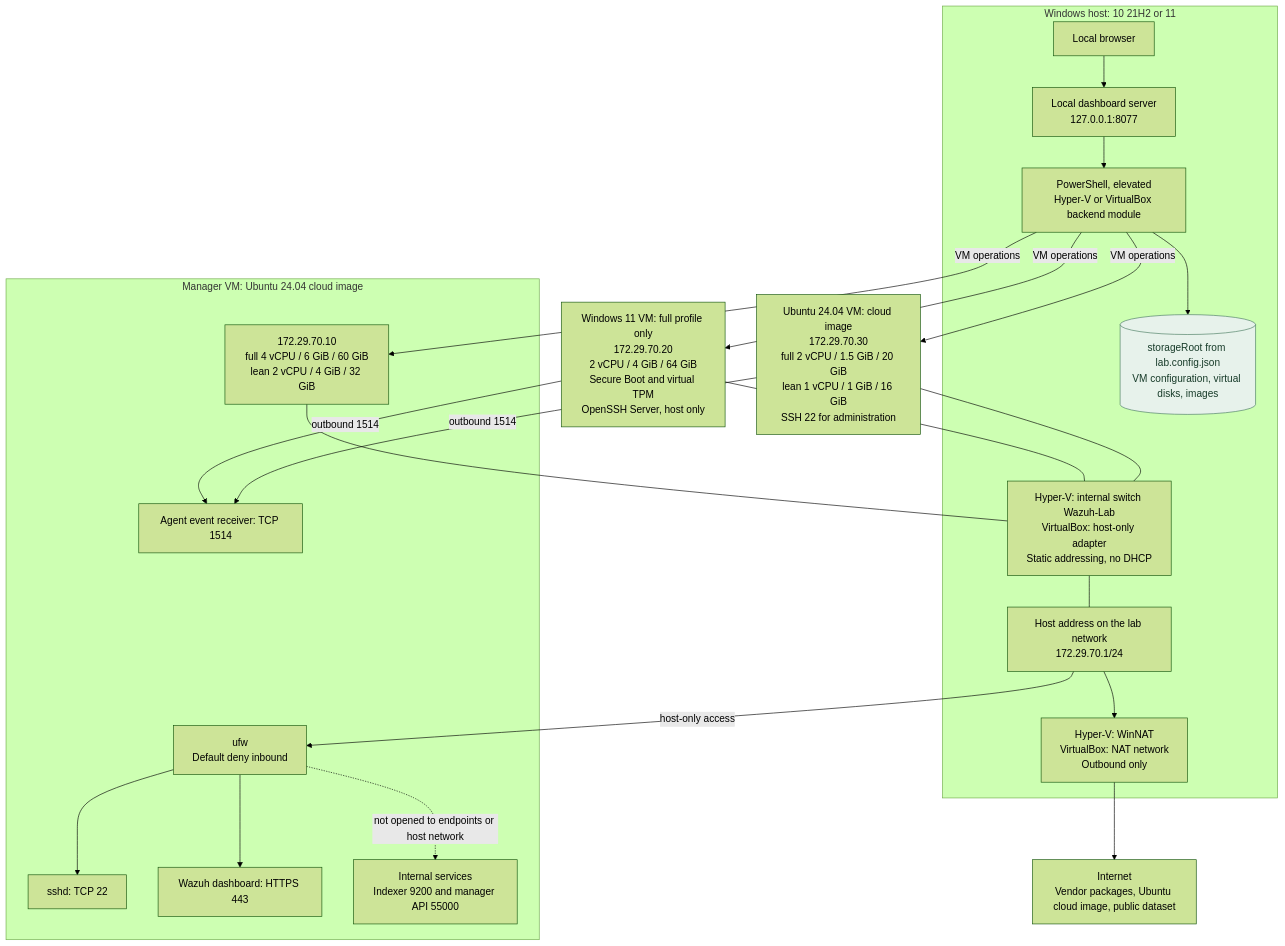
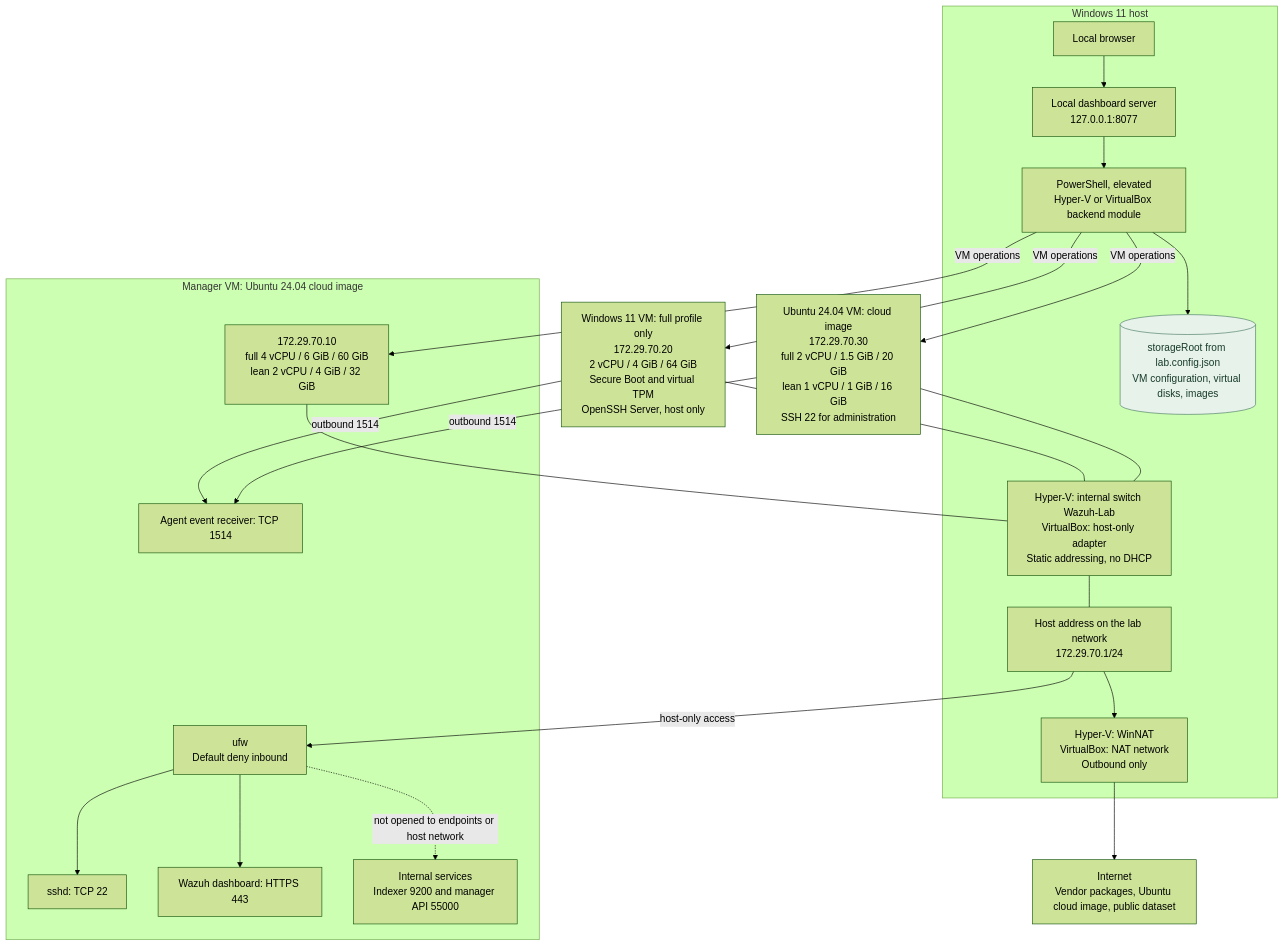
One commit to koustubs/wazuh-mitre-attack-lab changed the second of 11 diagrams in docs/architecture/README.md. Above: the diagram before and after it, drawn with Mermaid (forest theme). The commit also changed other lines of this file and 8 other files, not shown here.

First line of the commit message:
Trace every README figure to its source, and correct the ones without one

````diff
--- a/docs/architecture/README.md
+++ b/docs/architecture/README.md
@@ -85,41 +85,41 @@
 ```mermaid
 flowchart TB
     INTERNET["Internet<br/>Vendor packages, Ubuntu cloud image, public dataset"]
-    subgraph HOST["Windows host: 10 21H2 or 11"]
+    subgraph HOST["Windows 11 host"]
         BROWSER["Local browser"]
         HOSTAPI["Local dashboard server<br/>127.0.0.1:8077"]
         ADMIN["PowerShell, elevated<br/>Hyper-V or VirtualBox backend module"]
         DISKS[("storageRoot from lab.config.json<br/>VM configuration, virtual disks, images")]
         GW["Host address on the lab network<br/>172.29.70.1/24"]
         NAT["Hyper-V: WinNAT<br/>VirtualBox: NAT network<br/>Outbound only"]
         SW["Hyper-V: internal switch Wazuh-Lab<br/>VirtualBox: host-only adapter<br/>Static addressing, no DHCP"]
     end
     subgraph MVM["Manager VM: Ubuntu 24.04 cloud image"]
         FW["ufw<br/>Default deny inbound"]
         MS["172.29.70.10<br/>full 4 vCPU / 6 GiB / 60 GiB<br/>lean 2 vCPU / 4 GiB / 32 GiB"]
         SSH["sshd: TCP 22"]
         WEB["Wazuh dashboard: HTTPS 443"]
         EVENTS["Agent event receiver: TCP 1514"]
         LOCAL["Internal services<br/>Indexer 9200 and manager API 55000"]
     end
     WVM["Windows 11 VM: full profile only<br/>172.29.70.20<br/>2 vCPU / 4 GiB / 64 GiB<br/>Secure Boot and virtual TPM<br/>OpenSSH Server, host only"]
     LVM["Ubuntu 24.04 VM: cloud image<br/>172.29.70.30<br/>full 2 vCPU / 1.5 GiB / 20 GiB<br/>lean 1 vCPU / 1 GiB / 16 GiB<br/>SSH 22 for administration"]
     BROWSER --> HOSTAPI
     HOSTAPI --> ADMIN
     ADMIN -->|VM operations| MS
     ADMIN -->|VM operations| WVM
     ADMIN -->|VM operations| LVM
     ADMIN --> DISKS
     SW --- GW --> NAT --> INTERNET
     MS --- SW
     WVM --- SW
     LVM --- SW
     GW -->|host-only access| FW
     FW --> SSH
     FW --> WEB
     WVM -->|outbound 1514| EVENTS
     LVM -->|outbound 1514| EVENTS
     FW -.->|not opened to endpoints or host network| LOCAL
     classDef store fill:#e7f2eb,stroke:#487b60,color:#173b29
     class DISKS store
 ```
````
